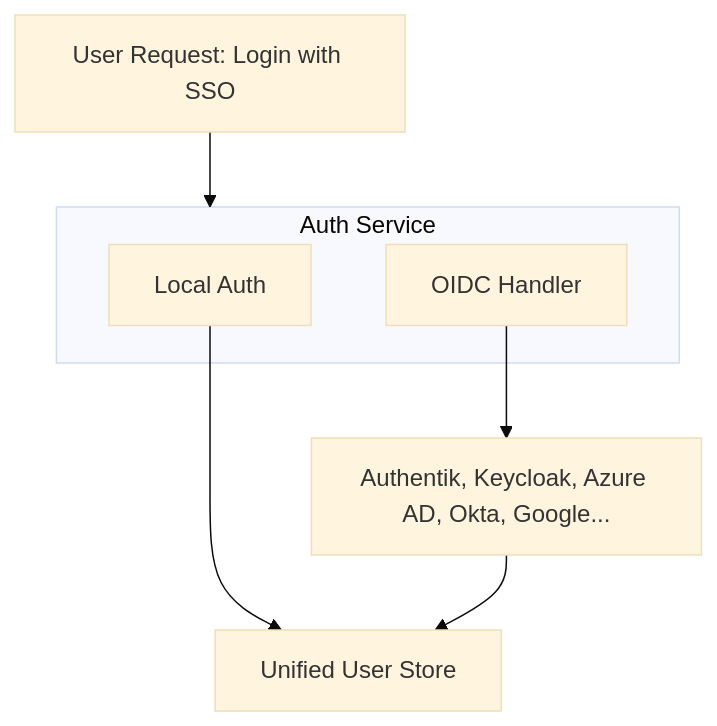
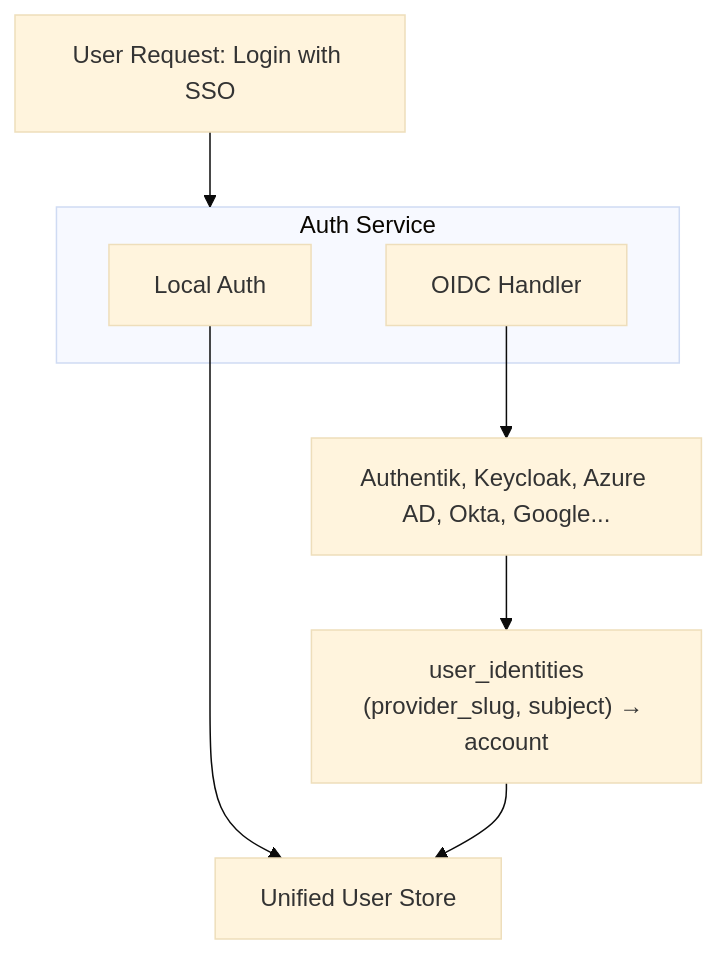
One commit to Detair/kaiku changed the seventh of 9 diagrams in docs/developer-guide/architecture/overview.md. Above: the diagram before and after it, drawn with Mermaid (base theme). The commit also changed other lines of this file and 6 other files, not shown here.

````diff
--- a/docs/developer-guide/architecture/overview.md
+++ b/docs/developer-guide/architecture/overview.md
@@ -242,11 +242,12 @@
 ```mermaid
 flowchart TD
     Request["User Request: Login with SSO"] --> AuthSvc
     subgraph AuthSvc ["Auth Service"]
         Local["Local Auth"]
         OIDC["OIDC Handler"]
     end
     OIDC --> SSOProviders["Authentik, Keycloak, Azure AD, Okta, Google..."]
     Local --> UserStore
-    SSOProviders --> UserStore["Unified User Store"]
+    SSOProviders --> Identities["user_identities<br/>(provider_slug, subject) → account"]
+    Identities --> UserStore["Unified User Store"]
 ```
````
